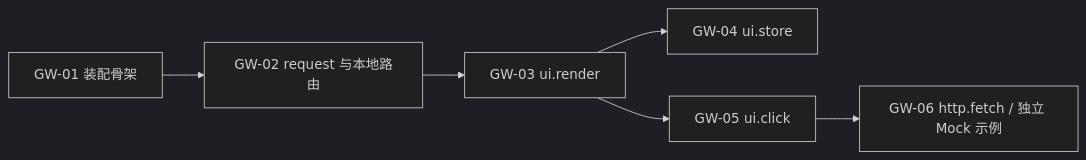
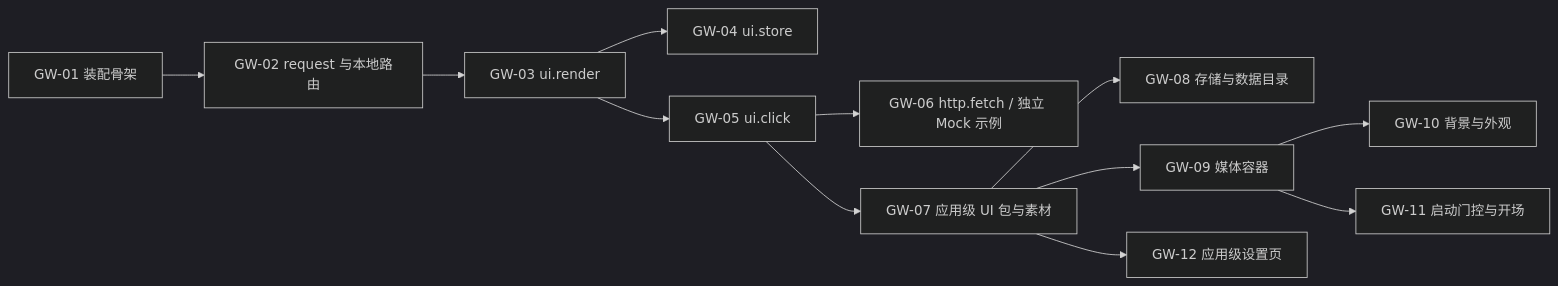
One commit to openJiuwen-ai/jiuwenswarm changed the diagram in jiuwenswarm/gateway/extensions_v2/docs/designs/extensions-v2-development-plan.md. Above: the diagram before and after it, drawn with Mermaid (dark theme). The commit also changed other lines of this file and 13 other files, not shown here.

````diff
--- a/jiuwenswarm/gateway/extensions_v2/docs/designs/extensions-v2-development-plan.md
+++ b/jiuwenswarm/gateway/extensions_v2/docs/designs/extensions-v2-development-plan.md
@@ -32,8 +38,14 @@
 ```mermaid
 flowchart LR
     G1["GW-01 装配骨架"] --> G2["GW-02 request 与本地路由"]
     G2 --> G3["GW-03 ui.render"]
     G3 --> G4["GW-04 ui.store"]
     G3 --> G5["GW-05 ui.click"]
     G5 --> G6["GW-06 http.fetch / 独立 Mock 示例"]
+    G5 --> G7["GW-07 应用级 UI 包与素材"]
+    G7 --> G8["GW-08 存储与数据目录"]
+    G7 --> G9["GW-09 媒体容器"]
+    G9 --> G10["GW-10 背景与外观"]
+    G9 --> G11["GW-11 启动门控与开场"]
+    G7 --> G12["GW-12 应用级设置页"]
 ```
````
